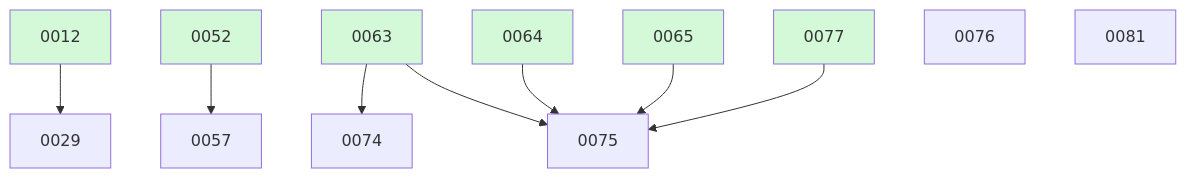
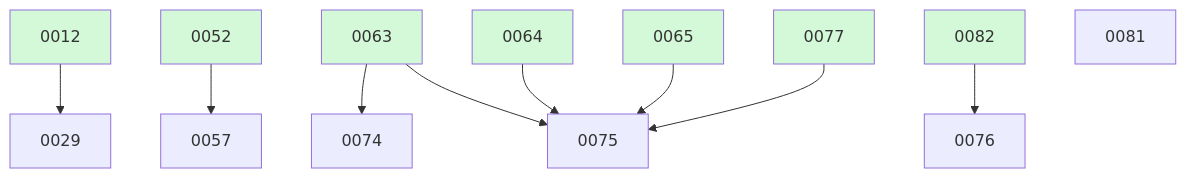
One commit to ethanhinson/fuse changed the diagram in docs/changes/BOARD.md. Above: the diagram before and after it, drawn with Mermaid. The commit also changed other lines of this file, not shown here.

Commit message:
docket: board refresh

````diff
--- a/docs/changes/BOARD.md
+++ b/docs/changes/BOARD.md
@@ -26,19 +26,20 @@
 ```mermaid
 graph TD
   0012 --> 0029
   0052 --> 0057
   0063 --> 0074
   0063 --> 0075
   0064 --> 0075
   0065 --> 0075
   0077 --> 0075
-  0076
+  0082 --> 0076
   0081
   0012:::done
   0052:::done
   0063:::done
   0064:::done
   0065:::done
   0077:::done
+  0082:::done
   classDef done fill:#d3f9d8;
 ```
````
